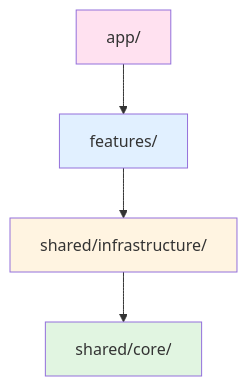
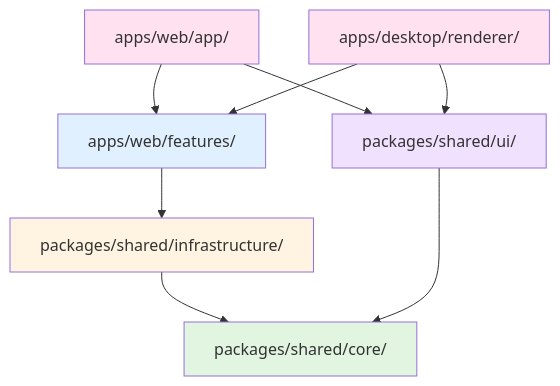
Before and after one commit to daishiman/AIWorkflowOrchestrator: the first of 3 diagrams in docs/00-requirements/master_system_design.md, drawn with Mermaid. The commit also changed other lines of this file and 3 other files, not shown here.

````diff
--- a/docs/00-requirements/master_system_design.md
+++ b/docs/00-requirements/master_system_design.md
@@ -467,11 +775,17 @@
 ```mermaid
 graph TB
-    A[app/] --> B[features/]
-    B --> C[shared/infrastructure/]
-    C --> D[shared/core/]
+    A[apps/web/app/] --> B[apps/web/features/]
+    A2[apps/desktop/renderer/] --> B
+    B --> C[packages/shared/infrastructure/]
+    C --> D[packages/shared/core/]
+    A --> E[packages/shared/ui/]
+    A2 --> E
+    E --> D
 
     style D fill:#e1f5e1
     style C fill:#fff4e1
     style B fill:#e1f0ff
     style A fill:#ffe1f0
+    style A2 fill:#ffe1f0
+    style E fill:#f0e1ff
 ```
````
